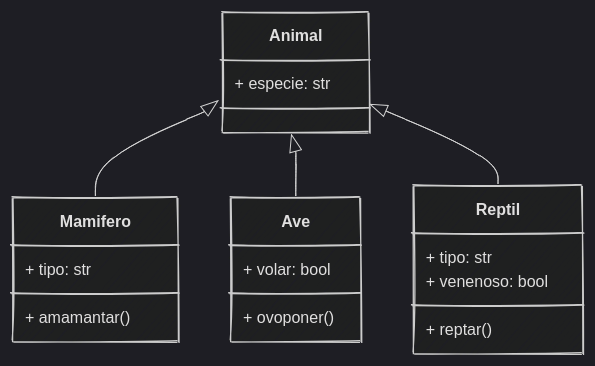
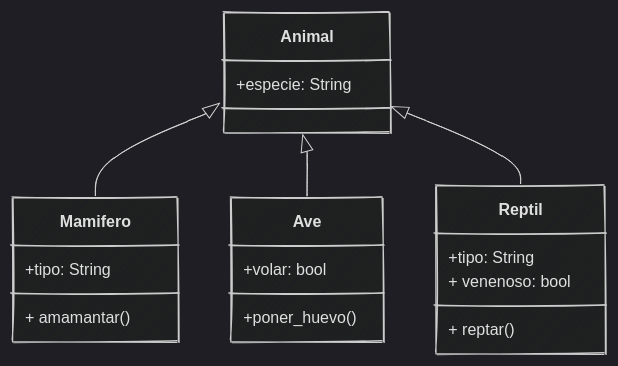
The sixth of 9 diagrams in content/sesion05/Readme.md (python-la-paz/python-study-group-oop), drawn with Mermaid before and after one commit. The commit also changed other lines of this file and 7 other files, not shown here.

````diff
--- a/content/sesion05/Readme.md
+++ b/content/sesion05/Readme.md
@@ -449,23 +515,23 @@
 ```mermaid
 %%{init: {"theme": "dark", "look": "handDrawn" }}%%
 classDiagram
     class Animal {
-        + especie: str
+        +especie: String
     }
     class Mamifero {
-        + tipo: str
+        +tipo: String
         + amamantar()
     }
     class Ave {
-        + volar: bool
-        + ovoponer()
+        +volar: bool
+        +poner_huevo()
     }
     class Reptil {
-        + tipo: str
+        +tipo: String
         + venenoso: bool
         + reptar()
     }
     Animal <|-- Mamifero
     Animal <|-- Ave
     Animal <|-- Reptil
 ```
````
